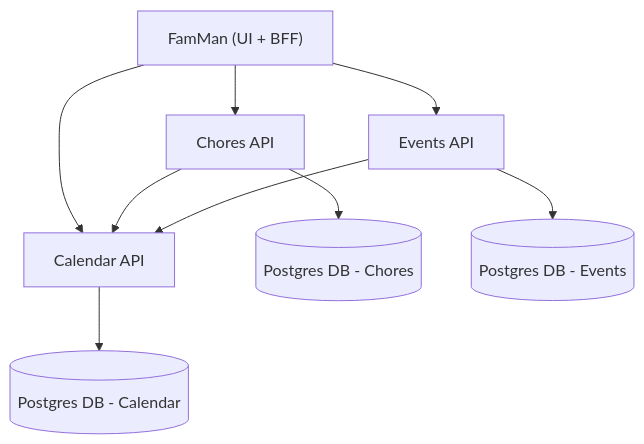
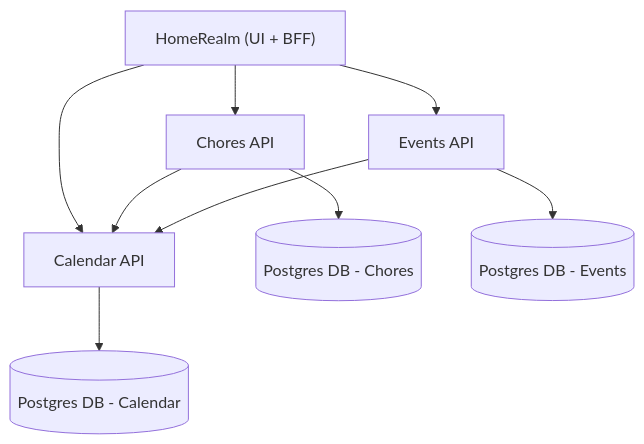
Before and after one commit to HomeRealm/HomeRealm.Calendar: the diagram in docsify/docs/Architecure/Services.md, drawn with Mermaid. The commit also changed other lines of this file and 270 other files, not shown here.

Commit message:
Renamed and moved everything to HomeRealm

````diff
--- a/docsify/docs/Architecure/Services.md
+++ b/docsify/docs/Architecure/Services.md
@@ -6,11 +6,11 @@
 ```mermaid
 flowchart TD
-    FamMan["FamMan (UI + BFF)"] --> ChoresAPI["Chores API"]
-    FamMan --> CalendarAPI["Calendar API"]
-    FamMan --> EventsAPI["Events API"]
+    HomeRealm["HomeRealm (UI + BFF)"] --> ChoresAPI["Chores API"]
+    HomeRealm --> CalendarAPI["Calendar API"]
+    HomeRealm --> EventsAPI["Events API"]
     ChoresAPI --> CalendarAPI
     EventsAPI --> CalendarAPI
     ChoresAPI --> ChoresDB[("Postgres DB - Chores")]
     CalendarAPI --> CalendarDB[("Postgres DB - Calendar")]
     EventsAPI --> EventsDB[("Postgres DB - Events")]
 ```
````
